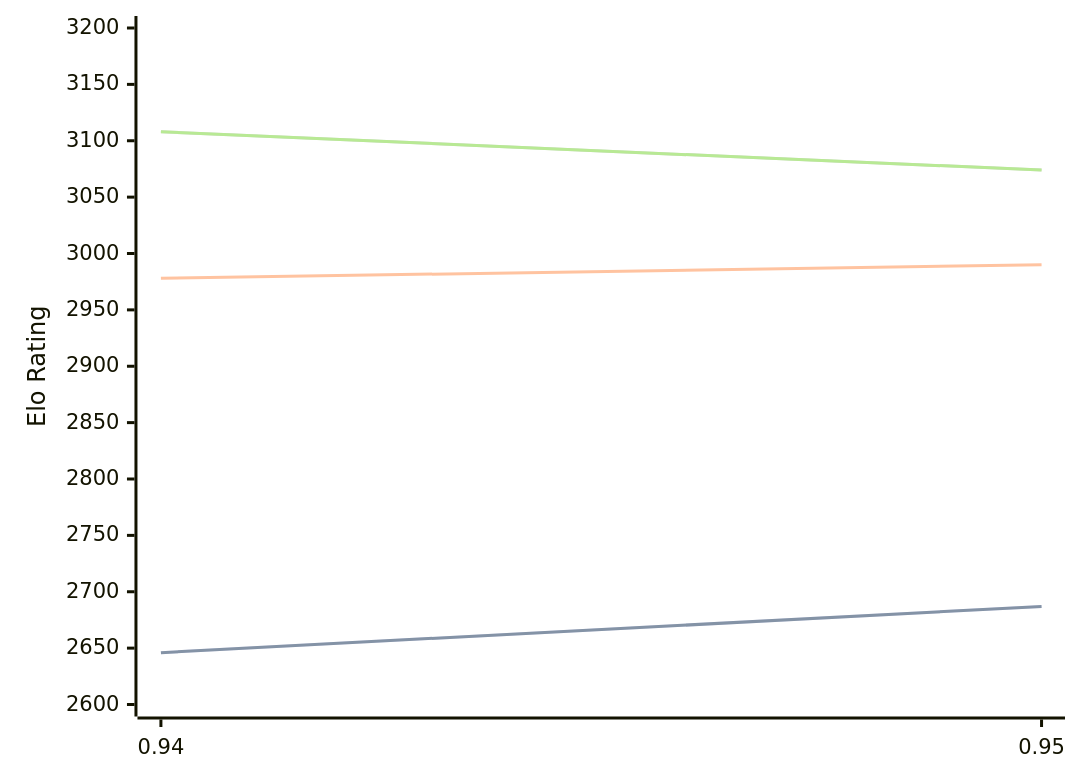
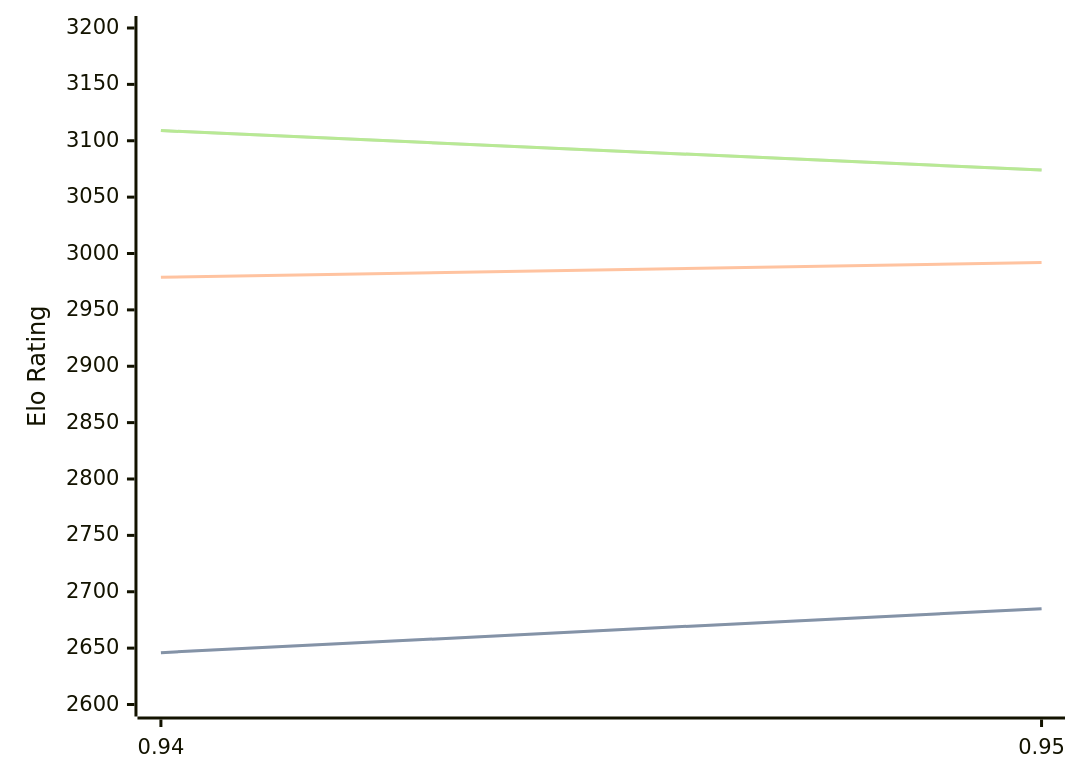
The diagram in engines/Myrddin.md (computer-chess-index/cci), drawn with Mermaid before and after one commit. The commit also changed other lines of this file, not shown here.

Commit message:
Update CCI Ratings (ELO VLTC) - 2026-05-14

````diff
--- a/engines/Myrddin.md
+++ b/engines/Myrddin.md
@@ -37,11 +37,11 @@
 ```mermaid
 %%{init: {"theme":"base","themeVariables":{"seriesColors:['#a3a3a3','#222221','#faa371']}}}%%
 xychart-beta
   x-axis ["0.94", "0.95"]
   y-axis "Elo Rating" 2600 --> 3200
-  line "STC (8.0+0.08s)" [2646, 2687]
-  line "STC (8.0+0.08s)" [2646, 2687]
-  line "LTC (60.0+0.60s)" [2978, 2990]
-  line "VLTC (2m24s+1.12s)" [3108, 3074]
-  line "VLTC (2m24s+1.12s)" [3108, 3074]
+  line "STC (8.0+0.08s)" [2646, 2685]
+  line "STC (8.0+0.08s)" [2646, 2685]
+  line "LTC (60.0+0.60s)" [2979, 2992]
+  line "VLTC (2m24s+1.12s)" [3109, 3074]
+  line "VLTC (2m24s+1.12s)" [3109, 3074]
 ```
````
